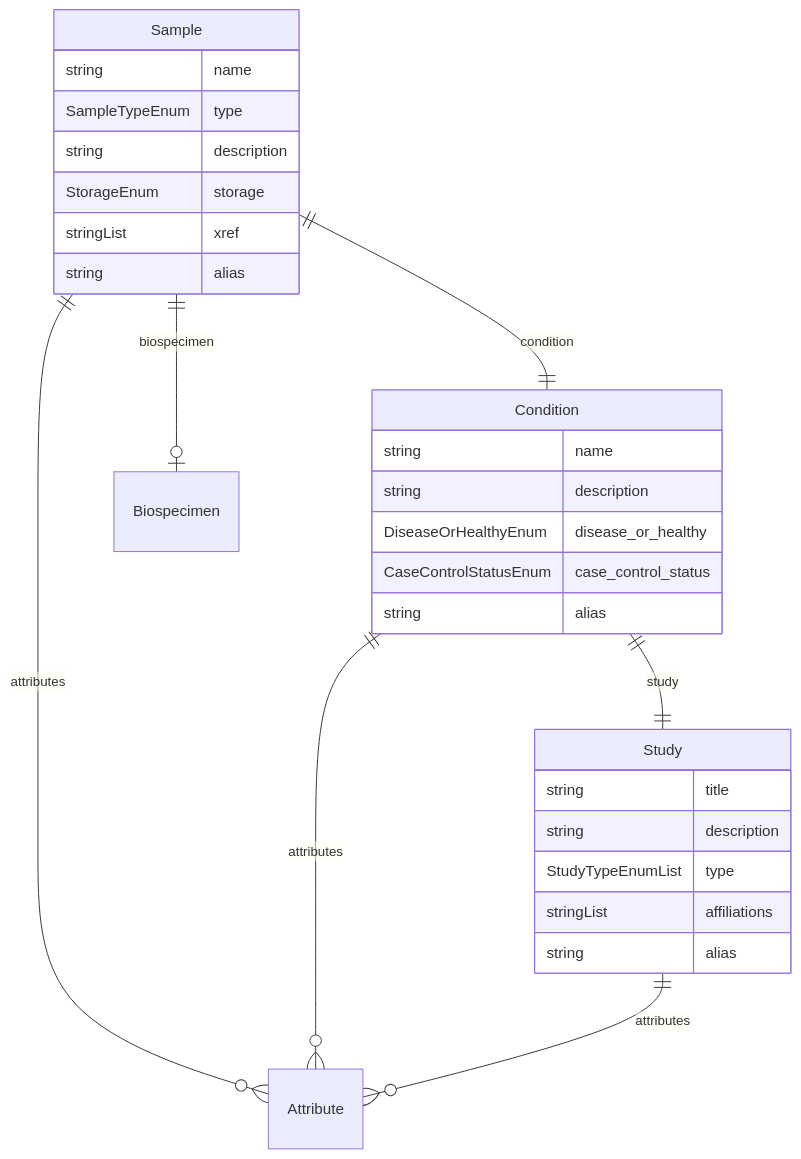
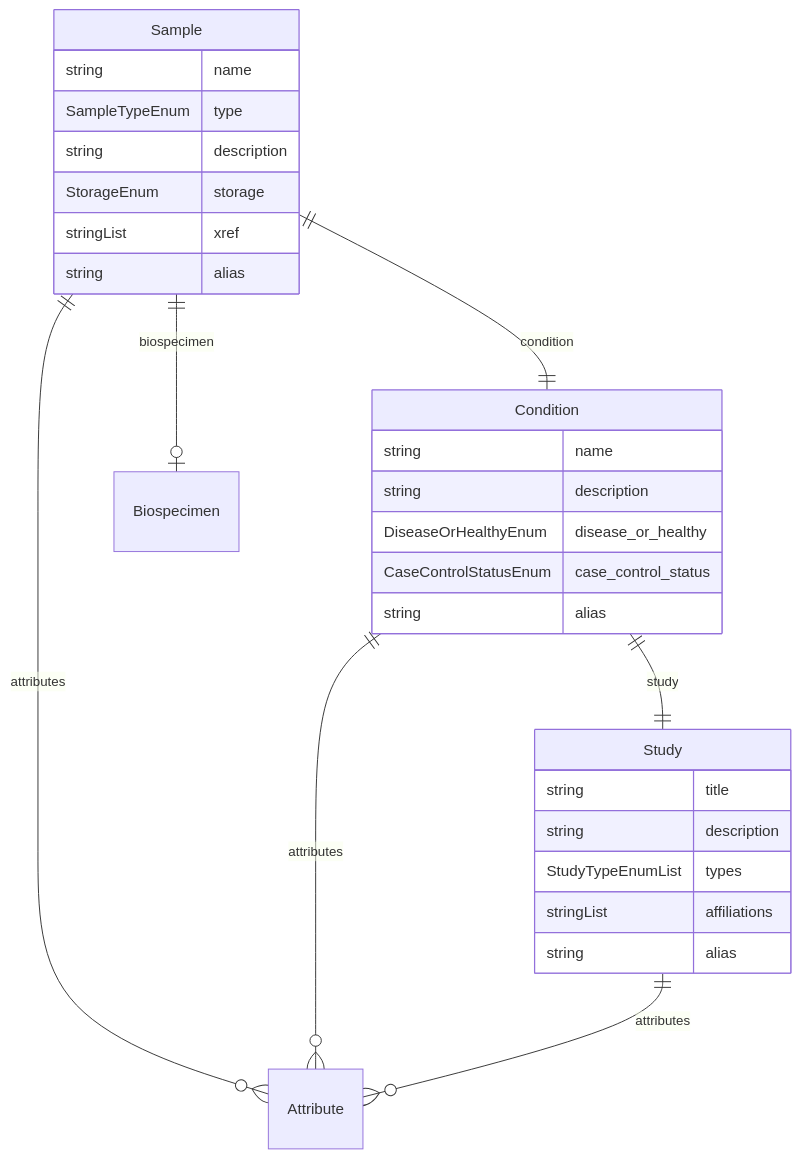
Before and after one commit to ghga-de/ghga-metadata-schema: the seventh of 7 diagrams in docs/entity_relations.md, drawn with Mermaid. The commit also changed 17 other files, not shown here.

````diff
--- a/docs/entity_relations.md
+++ b/docs/entity_relations.md
@@ -320,33 +320,33 @@
 ```mermaid
 erDiagram
 Sample {
     string name  
     SampleTypeEnum type  
     string description  
     StorageEnum storage  
     stringList xref  
     string alias  
 }
 Condition {
     string name  
     string description  
     DiseaseOrHealthyEnum disease_or_healthy  
     CaseControlStatusEnum case_control_status  
     string alias  
 }
 Study {
     string title  
     string description  
-    StudyTypeEnumList type  
+    StudyTypeEnumList types  
     stringList affiliations  
     string alias  
 }
 
 Sample ||--|o Biospecimen : "biospecimen"
 Sample ||--|| Condition : "condition"
 Sample ||--}o Attribute : "attributes"
 Condition ||--|| Study : "study"
 Condition ||--}o Attribute : "attributes"
 Study ||--}o Attribute : "attributes"
 
 ```
````
